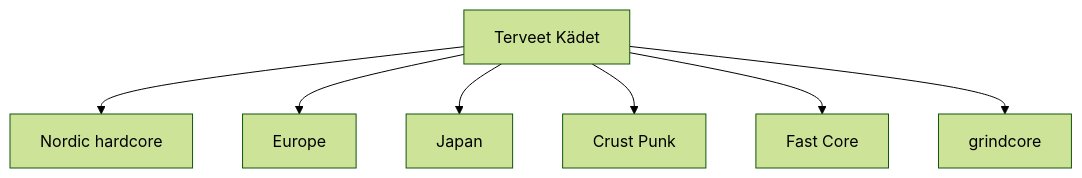
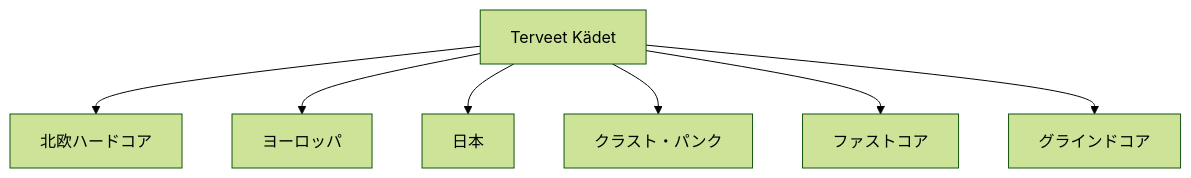
Before and after one commit to monumental-movement/monumental-movement.github.io: the tenth of 13 diagrams in en/_posts/2026-07-13-column-terveet-kadet.md, drawn with Mermaid (forest theme). The commit also changed other lines of this file and 2196 other files, not shown here.

```diff
--- a/en/_posts/2026-07-13-column-terveet-kadet.md
+++ b/en/_posts/2026-07-13-column-terveet-kadet.md
@@ -536,18 +535,18 @@
 <div class="mermaid">
 graph TD
 A["Terveet Kädet"]
-B["Nordic hardcore"]
-C["Europe"]
-D["Japan"]
-E["Crust Punk"]
-F["Fast Core"]
-G["grindcore"]
+B["北欧ハードコア"]
+C["ヨーロッパ"]
+D["日本"]
+E["クラスト・パンク"]
+F["ファストコア"]
+G["グラインドコア"]
 
 A --> B
 A --> C
 A --> D
 A --> E
 A --> F
 A --> G
 
 </div>
```
